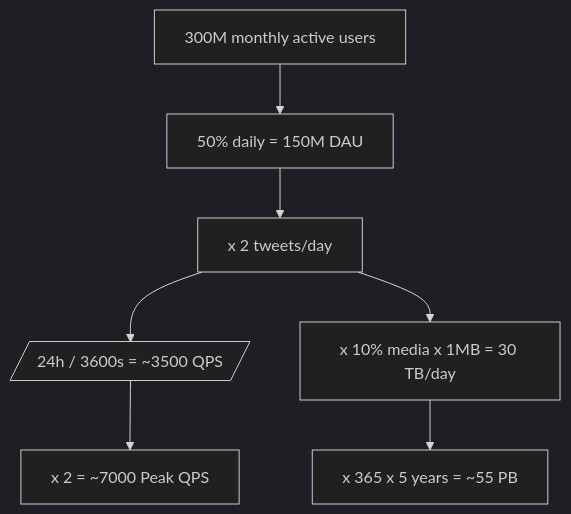
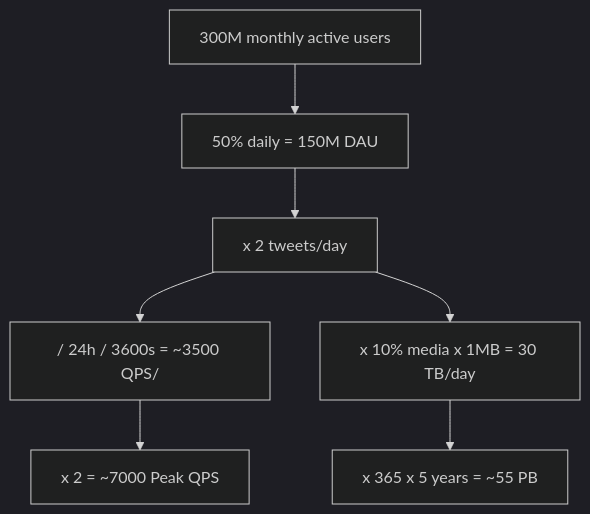
The diagram in files/Book-System-Design-Vol-1/02-back-of-envelope-estimation.md (pankajThakur1874/studysheet), drawn with Mermaid (dark theme) before and after one commit. The commit also changed 102 other files, not shown here.

Commit message:
Auto-fix Mermaid diagram syntax across all study guides to prevent Syntax Error in Mermaid v10

````diff
--- a/files/Book-System-Design-Vol-1/02-back-of-envelope-estimation.md
+++ b/files/Book-System-Design-Vol-1/02-back-of-envelope-estimation.md
@@ -73,9 +73,9 @@
 ```mermaid
 flowchart TD
     A[300M monthly active users] --> B[50% daily = 150M DAU]
-    B --> C[x 2 tweets/day]
-    C --> D[/ 24h / 3600s = ~3500 QPS/]
+    B --> C["x 2 tweets/day"]
+    C --> D["/ 24h / 3600s = ~3500 QPS/"]
     D --> E[x 2 = ~7000 Peak QPS]
-    C --> F[x 10% media x 1MB = 30 TB/day]
+    C --> F["x 10% media x 1MB = 30 TB/day"]
     F --> G[x 365 x 5 years = ~55 PB]
 ```
````
